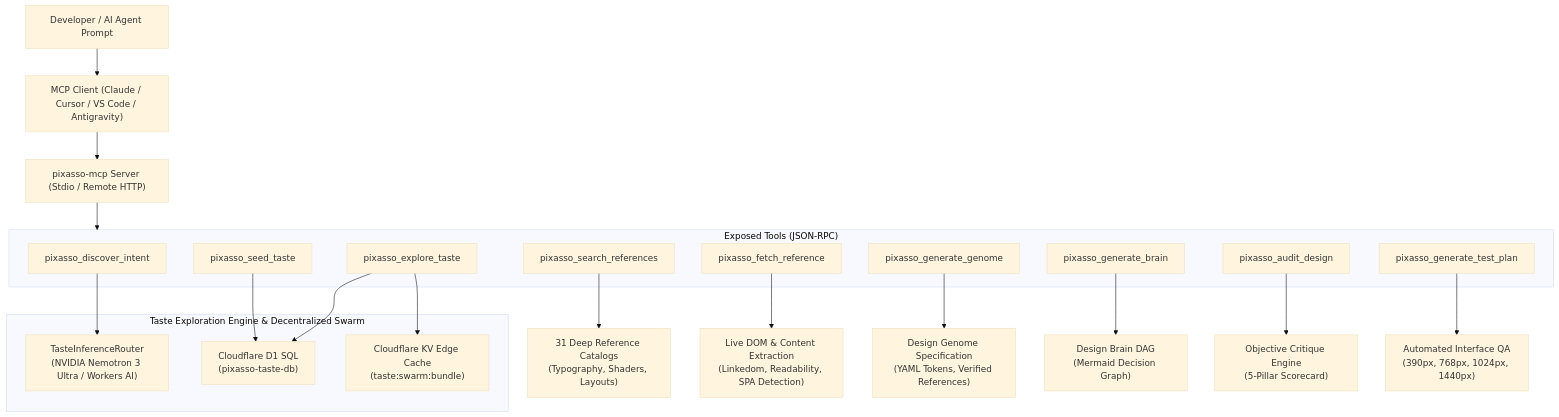
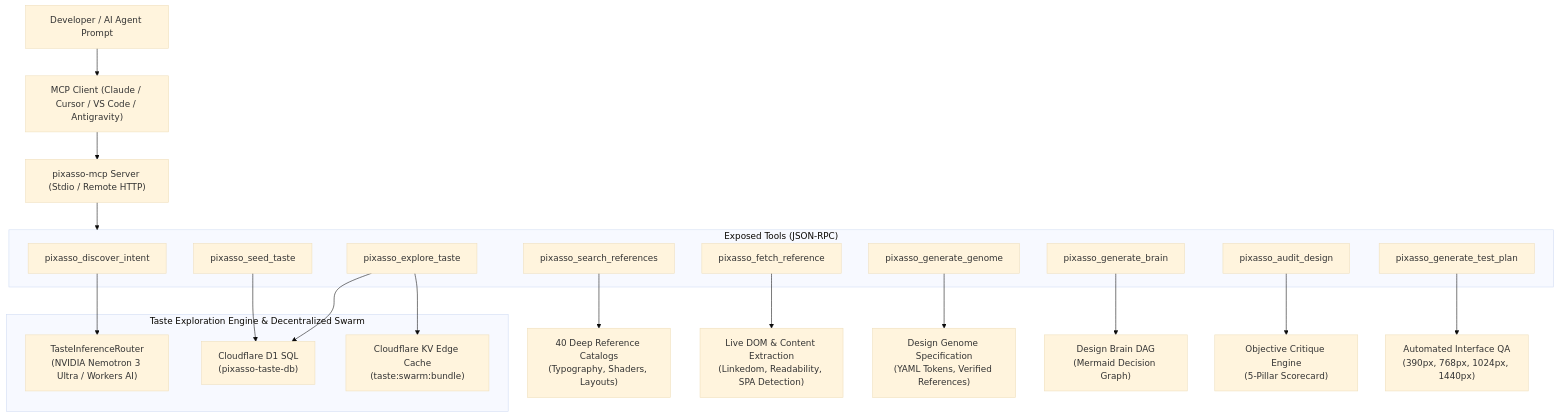
Before and after one commit to Erebuzzz/pixasso: the first of 3 diagrams in mcp-server/README.md, drawn with Mermaid (base theme). The commit also changed other lines of this file and 11 other files, not shown here.

````diff
--- a/mcp-server/README.md
+++ b/mcp-server/README.md
@@ -17,36 +17,36 @@
 ```mermaid
 flowchart TD
     User["Developer / AI Agent Prompt"] --> Client["MCP Client (Claude / Cursor / VS Code / Antigravity)"]
     Client --> Server["pixasso-mcp Server (Stdio / Remote HTTP)"]
 
     subgraph Tools ["Exposed Tools (JSON-RPC)"]
         T1["pixasso_discover_intent"]
         T2["pixasso_search_references"]
         T3["pixasso_fetch_reference"]
         T4["pixasso_generate_genome"]
         T5["pixasso_generate_brain"]
         T6["pixasso_audit_design"]
         T7["pixasso_generate_test_plan"]
         T8["pixasso_explore_taste"]
         T9["pixasso_seed_taste"]
     end
 
     Server --> Tools
 
     subgraph TasteBrain ["Taste Exploration Engine & Decentralized Swarm"]
         Router["TasteInferenceRouter<br/>(NVIDIA Nemotron 3 Ultra / Workers AI)"]
         D1["Cloudflare D1 SQL<br/>(pixasso-taste-db)"]
         KV["Cloudflare KV Edge Cache<br/>(taste:swarm:bundle)"]
     end
 
     T1 --> Router
-    T2 --> P2["31 Deep Reference Catalogs<br/>(Typography, Shaders, Layouts)"]
+    T2 --> P2["40 Deep Reference Catalogs<br/>(Typography, Shaders, Layouts)"]
     T3 --> P3["Live DOM & Content Extraction<br/>(Linkedom, Readability, SPA Detection)"]
     T4 --> P4["Design Genome Specification<br/>(YAML Tokens, Verified References)"]
     T5 --> P5["Design Brain DAG<br/>(Mermaid Decision Graph)"]
     T6 --> P6["Objective Critique Engine<br/>(5-Pillar Scorecard)"]
     T7 --> P7["Automated Interface QA<br/>(390px, 768px, 1024px, 1440px)"]
     T8 --> D1
     T8 --> KV
     T9 --> D1
 ```
````
